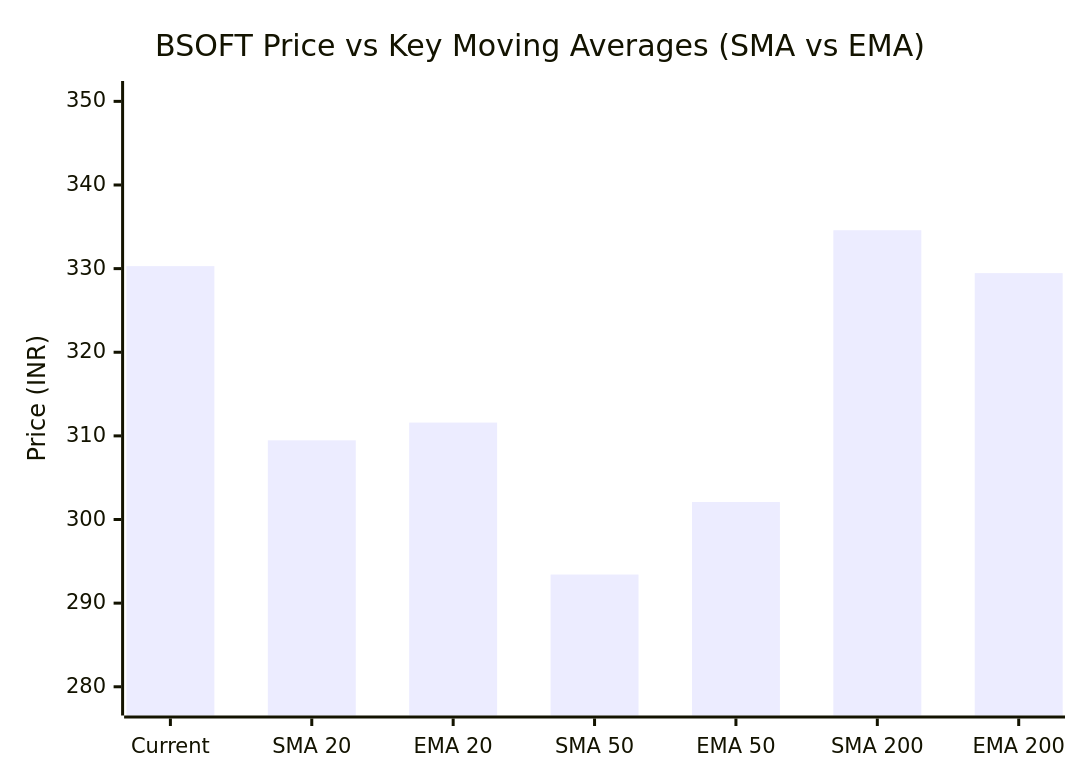
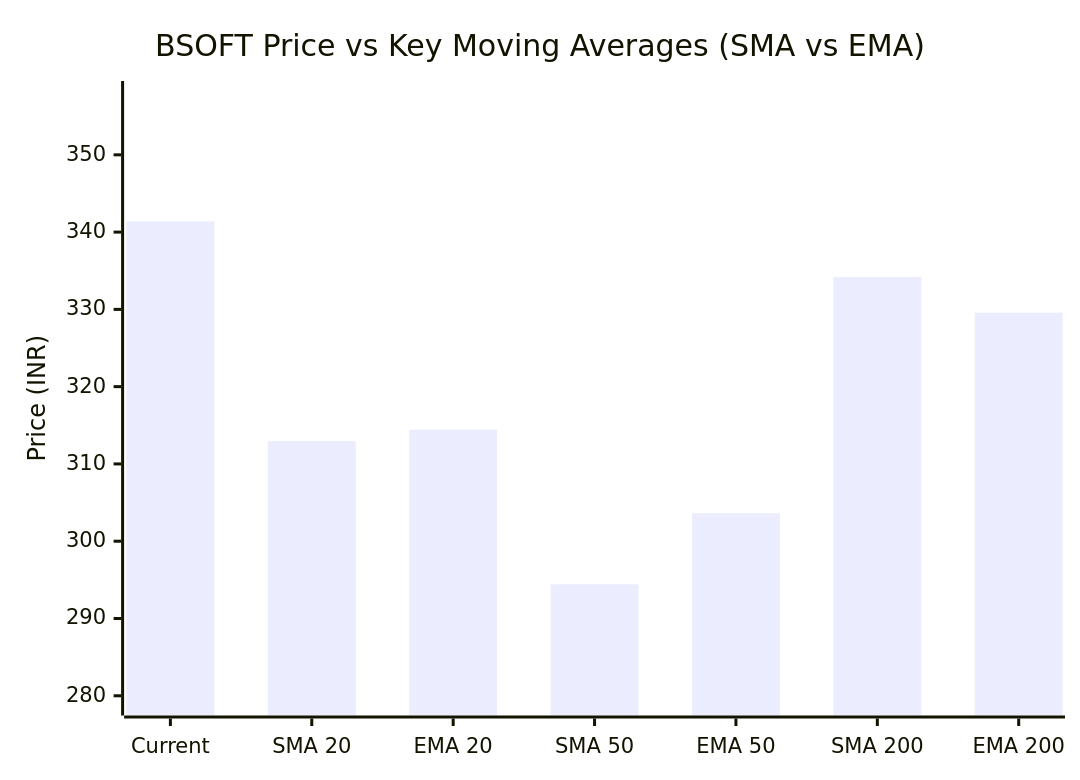
One commit to purnareddy9/dev changed the third of 3 diagrams in market-intelligence/stocks/BSOFT/latest.md. Above: the diagram before and after it, drawn with Mermaid. The commit also changed other lines of this file and 4 other files, not shown here.

````diff
--- a/market-intelligence/stocks/BSOFT/latest.md
+++ b/market-intelligence/stocks/BSOFT/latest.md
@@ -74,7 +74,7 @@
 ```mermaid
 xychart-beta
     title "BSOFT Price vs Key Moving Averages (SMA vs EMA)"
     x-axis ["Current", "SMA 20", "EMA 20", "SMA 50", "EMA 50", "SMA 200", "EMA 200"]
-    y-axis "Price (INR)" 278 --> 351
-    bar [330.3, 309.47, 311.59, 293.42, 302.09, 334.59, 329.46]
+    y-axis "Price (INR)" 279 --> 358
+    bar [341.4, 312.95, 314.43, 294.43, 303.63, 334.2, 329.58]
 ```
````
